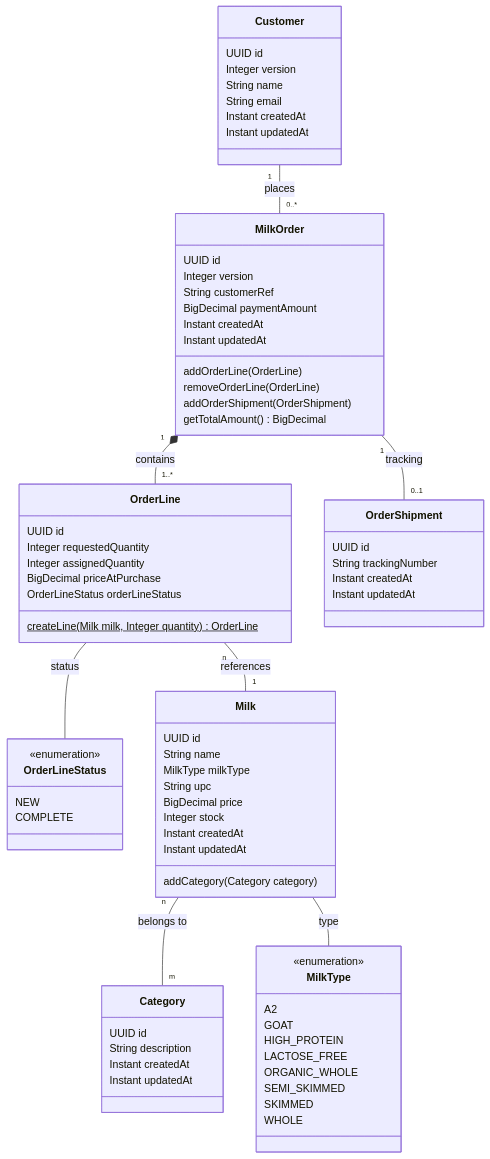
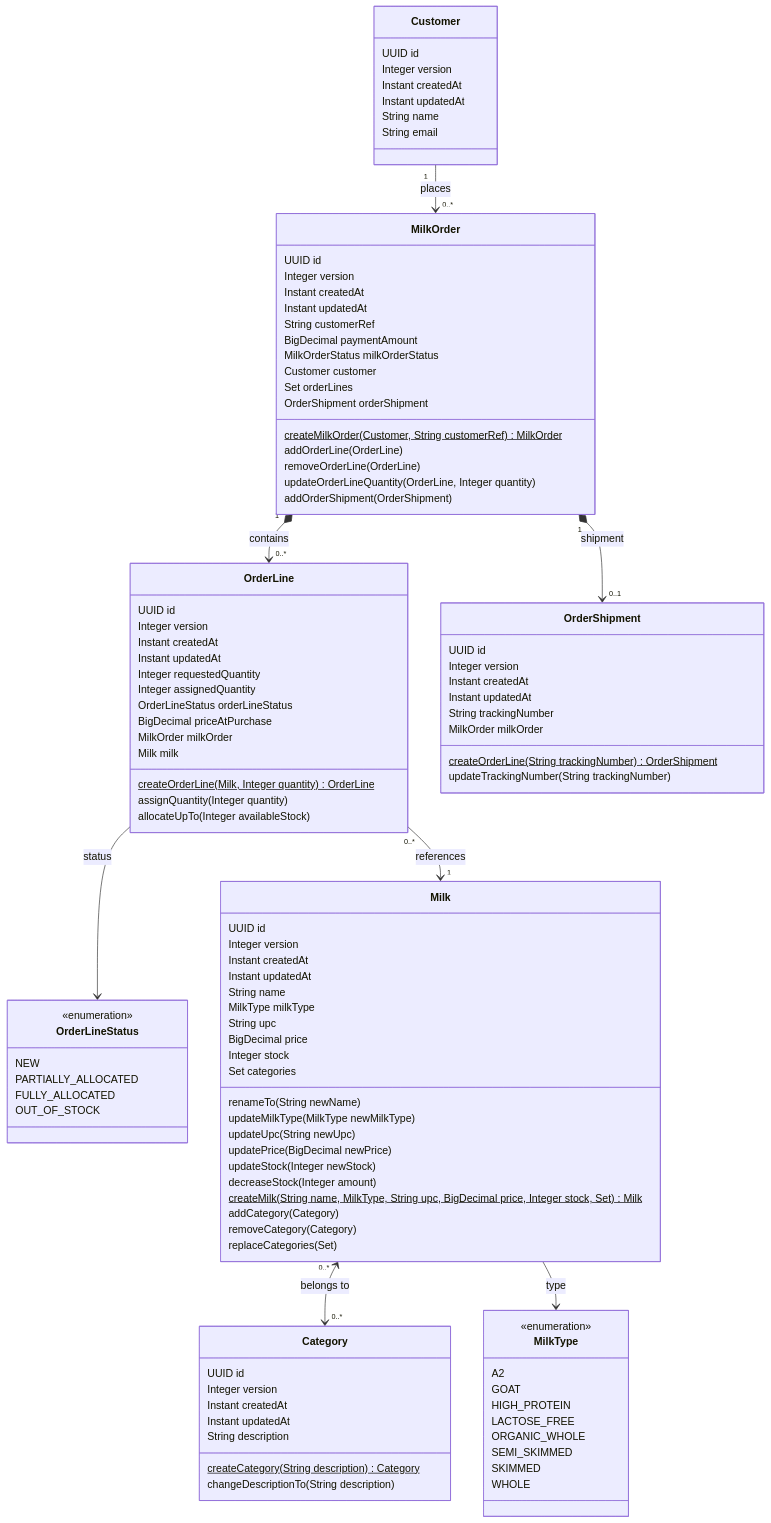
One commit to franciscoreinalondon/spring-7-rest-mvc changed the diagram in docs/diagrams/domain-model.mmd. Above: the diagram before and after it, drawn with Mermaid.

Commit message:
Update diagram

```diff
--- a/docs/diagrams/domain-model.mmd
+++ b/docs/diagrams/domain-model.mmd
@@ -1,83 +1,115 @@
 classDiagram
  class Customer {
   UUID id
   Integer version
+  Instant createdAt
+  Instant updatedAt
   String name
   String email
-  Instant createdAt
-  Instant updatedAt
  }
 
  class MilkOrder {
   UUID id
   Integer version
+  Instant createdAt
+  Instant updatedAt
   String customerRef
   BigDecimal paymentAmount
-  Instant createdAt
-  Instant updatedAt
+  MilkOrderStatus milkOrderStatus
+  Customer customer
+  Set<OrderLine> orderLines
+  OrderShipment orderShipment
+  createMilkOrder(Customer, String customerRef)$ MilkOrder
   addOrderLine(OrderLine)
   removeOrderLine(OrderLine)
+  updateOrderLineQuantity(OrderLine, Integer quantity)
   addOrderShipment(OrderShipment)
-  getTotalAmount() BigDecimal
  }
 
  class OrderLine {
   UUID id
+  Integer version
+  Instant createdAt
+  Instant updatedAt
   Integer requestedQuantity
   Integer assignedQuantity
+  OrderLineStatus orderLineStatus
   BigDecimal priceAtPurchase
-  OrderLineStatus orderLineStatus
-  createLine(Milk milk, Integer quantity)$ OrderLine
+  MilkOrder milkOrder
+  Milk milk
+  createOrderLine(Milk, Integer quantity)$ OrderLine
+  assignQuantity(Integer quantity)
+  allocateUpTo(Integer availableStock)
  }
 
  class OrderLineStatus {
   <<enumeration>>
   NEW
-  COMPLETE
+  PARTIALLY_ALLOCATED
+  FULLY_ALLOCATED
+  OUT_OF_STOCK
  }
 
  class OrderShipment {
   UUID id
-  String trackingNumber
+  Integer version
   Instant createdAt
   Instant updatedAt
+  String trackingNumber
+  MilkOrder milkOrder
+  createOrderLine(String trackingNumber)$ OrderShipment
+  updateTrackingNumber(String trackingNumber)
  }
 
  class Milk {
   UUID id
+  Integer version
+  Instant createdAt
+  Instant updatedAt
   String name
   MilkType milkType
   String upc
   BigDecimal price
   Integer stock
-  Instant createdAt
-  Instant updatedAt
-  addCategory(Category category)
+  Set<Category> categories
+  renameTo(String newName)
+  updateMilkType(MilkType newMilkType)
+  updateUpc(String newUpc)
+  updatePrice(BigDecimal newPrice)
+  updateStock(Integer newStock)
+  decreaseStock(Integer amount)
+  createMilk(String name, MilkType, String upc, BigDecimal price, Integer stock, Set<Category>)$ Milk
+  addCategory(Category)
+  removeCategory(Category)
+  replaceCategories(Set<Category>)
  }
 
  class MilkType {
   <<enumeration>>
   A2
   GOAT
   HIGH_PROTEIN
   LACTOSE_FREE
   ORGANIC_WHOLE
   SEMI_SKIMMED
   SKIMMED
   WHOLE
  }
 
  class Category {
   UUID id
-  String description
+  Integer version
   Instant createdAt
   Instant updatedAt
+  String description
+  createCategory(String description)$ Category
+  changeDescriptionTo(String description)
  }
 
- Customer "1" -- "0..*" MilkOrder : places
- MilkOrder "1" *-- "1..*" OrderLine : contains
- MilkOrder "1" -- "0..1" OrderShipment : tracking
- OrderLine "n" -- "1" Milk : references
- OrderLine -- OrderLineStatus : status
- Milk "n" -- "m" Category : belongs to
- Milk -- MilkType : type
+ Customer "1" --> "0..*" MilkOrder : places
+ MilkOrder "1" *--> "0..*" OrderLine : contains
+ MilkOrder "1" *--> "0..1" OrderShipment : shipment
+ OrderLine "0..*" --> "1" Milk : references
+ OrderLine --> OrderLineStatus : status
+ Milk "0..*" <--> "0..*" Category : belongs to
+ Milk --> MilkType : type
```
